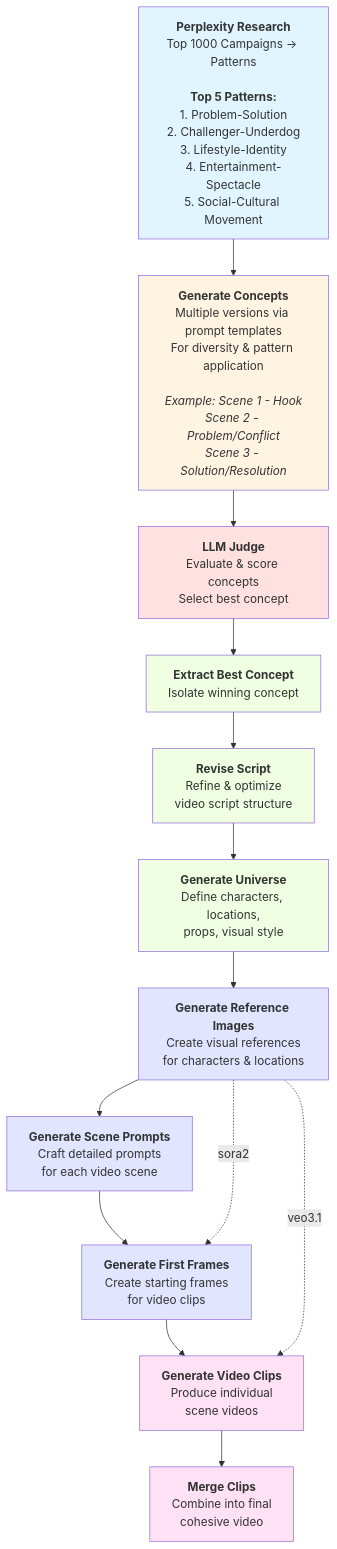
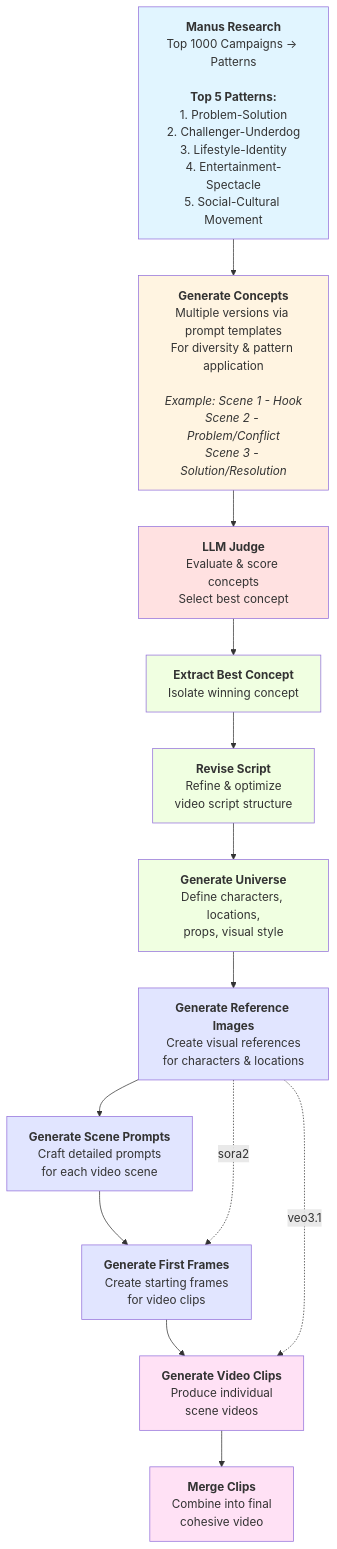
The diagram in PIPELINE_ARCHITECTURE.md (karinje/video-pipeline-python), drawn with Mermaid before and after one commit.

Commit message:
Change Perplexity Research to Manus Research

````diff
--- a/PIPELINE_ARCHITECTURE.md
+++ b/PIPELINE_ARCHITECTURE.md
@@ -7,41 +7,41 @@
 ```mermaid
 flowchart TD
-    A["<b>Perplexity Research</b><br/>Top 1000 Campaigns → Patterns<br/><br/><b>Top 5 Patterns:</b><br/>1. Problem-Solution<br/>2. Challenger-Underdog<br/>3. Lifestyle-Identity<br/>4. Entertainment-Spectacle<br/>5. Social-Cultural Movement"] --> B
+    A["<b>Manus Research</b><br/>Top 1000 Campaigns → Patterns<br/><br/><b>Top 5 Patterns:</b><br/>1. Problem-Solution<br/>2. Challenger-Underdog<br/>3. Lifestyle-Identity<br/>4. Entertainment-Spectacle<br/>5. Social-Cultural Movement"] --> B
     
     B["<b>Generate Concepts</b><br/>Multiple versions via prompt templates<br/>For diversity & pattern application<br/><br/><i>Example: Scene 1 - Hook</i><br/><i>Scene 2 - Problem/Conflict</i><br/><i>Scene 3 - Solution/Resolution</i>"] --> C
     
     C["<b>LLM Judge</b><br/>Evaluate & score concepts<br/>Select best concept"] --> D
     
     D["<b>Extract Best Concept</b><br/>Isolate winning concept"] --> E
     
     E["<b>Revise Script</b><br/>Refine & optimize<br/>video script structure"] --> F
     
     F["<b>Generate Universe</b><br/>Define characters, locations,<br/>props, visual style"] --> G
     
     G["<b>Generate Reference Images</b><br/>Create visual references<br/>for characters & locations"] --> H
     
     H["<b>Generate Scene Prompts</b><br/>Craft detailed prompts<br/>for each video scene"] --> I
     
     I["<b>Generate First Frames</b><br/>Create starting frames<br/>for video clips"] --> J
     
     J["<b>Generate Video Clips</b><br/>Produce individual<br/>scene videos"] --> K
     
     K["<b>Merge Clips</b><br/>Combine into final<br/>cohesive video"]
     
     G -.->|sora2| I
     G -.->|veo3.1| J
     
     click B "https://github.com/karinje/video-pipeline-python/blob/main/s1_generate_concepts/inputs/prompt_templates/advanced_structured.md" "View Advanced Prompt Template"
     
     style A fill:#e1f5ff
     style B fill:#fff4e1
     style C fill:#ffe1e1
     style D fill:#f0ffe1
     style E fill:#f0ffe1
     style F fill:#f0ffe1
     style G fill:#e1e5ff
     style H fill:#e1e5ff
     style I fill:#e1e5ff
     style J fill:#ffe1f5
     style K fill:#ffe1f5
 ```
````
